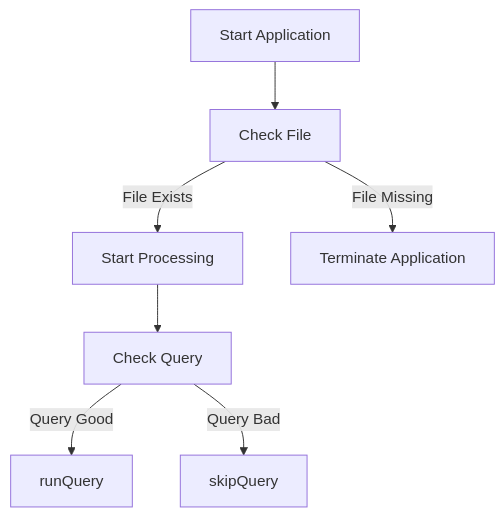
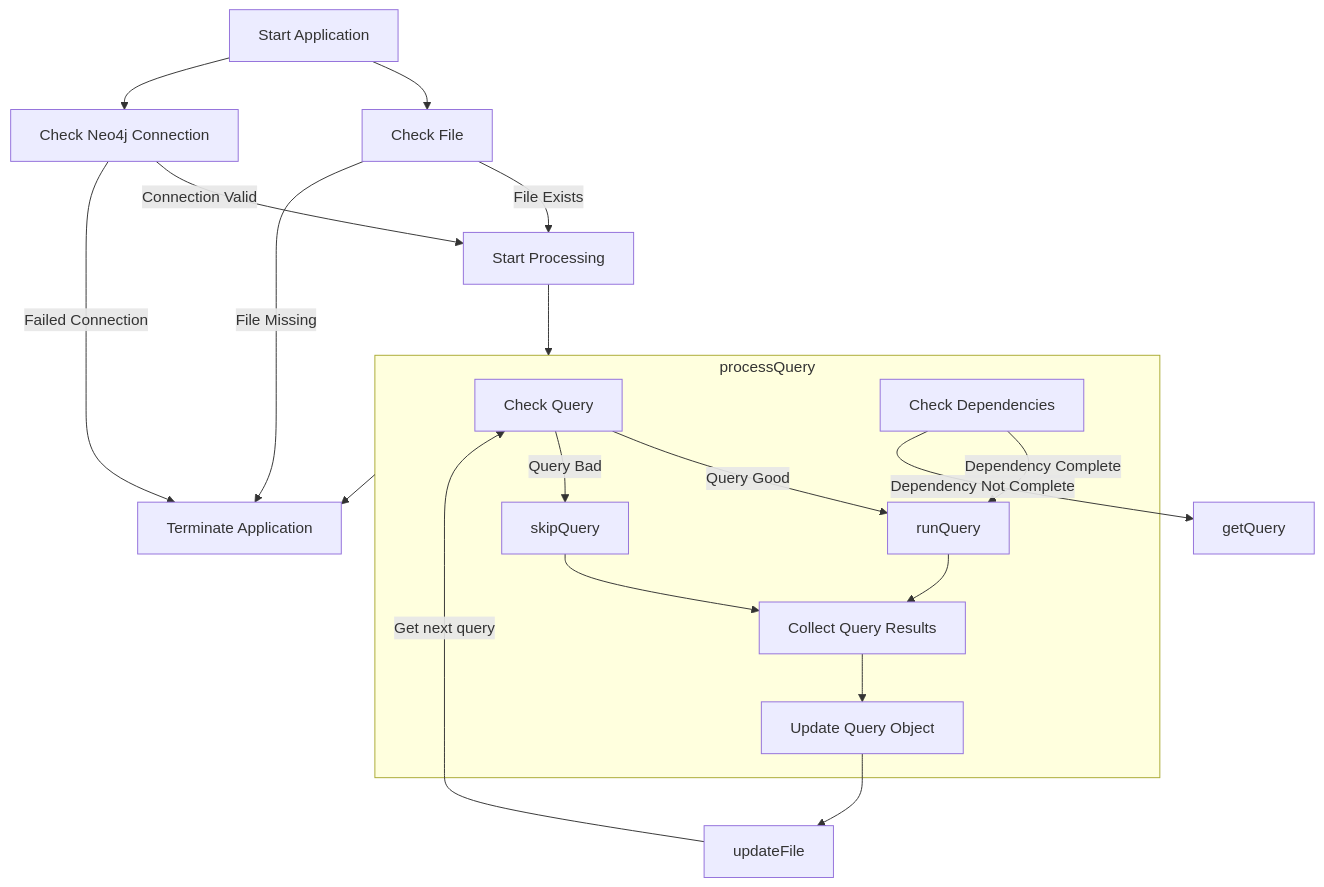
The diagram in decision-tree.md (mckenzma/neo4j-etl-processing), drawn with Mermaid before and after one commit. The commit also changed 2 other files, not shown here.

Commit message:
decision tree with html visual

````diff
--- a/decision-tree.md
+++ b/decision-tree.md
@@ -1,17 +1,44 @@
 ```mermaid
 flowchart TD
   %% Steps
   startApplication[Start Application]
   checkFile[Check File]
   startProcessing[Start Processing]
   terminateApplication[Terminate Application]
   checkQuery[Check Query]
+  checkNeo4jConnection[Check Neo4j Connection]
+  processQuery[Process Query]
+  collectResults[Collect Query Results]
+  updateQueryObject[Update Query Object]
+  checkDependencies[Check Dependencies]
+
+  subgraph processQuery
+    checkQuery
+    runQuery
+    skipQuery
+    collectResults
+    updateQueryObject
+    checkDependencies
+  end
 
   %% Connections
   startApplication --> checkFile
+  startApplication --> checkNeo4jConnection
+  checkNeo4jConnection -- Connection Valid --> startProcessing
+  checkNeo4jConnection -- Failed Connection --> terminateApplication
   checkFile -- File Exists --> startProcessing
   checkFile -- File Missing --> terminateApplication
-  startProcessing --> checkQuery
+  startProcessing --> processQuery
+
   checkQuery -- Query Good --> runQuery
   checkQuery -- Query Bad --> skipQuery
+  checkDependencies -- Dependency Complete --> runQuery
+  checkDependencies -- Dependency Not Complete --> getQuery
+  runQuery --> collectResults
+  skipQuery --> collectResults
+  collectResults --> updateQueryObject
+  updateQueryObject --> updateFile
+  updateFile -- Get next query --> checkQuery
+
+  processQuery --> terminateApplication
 ```
````
